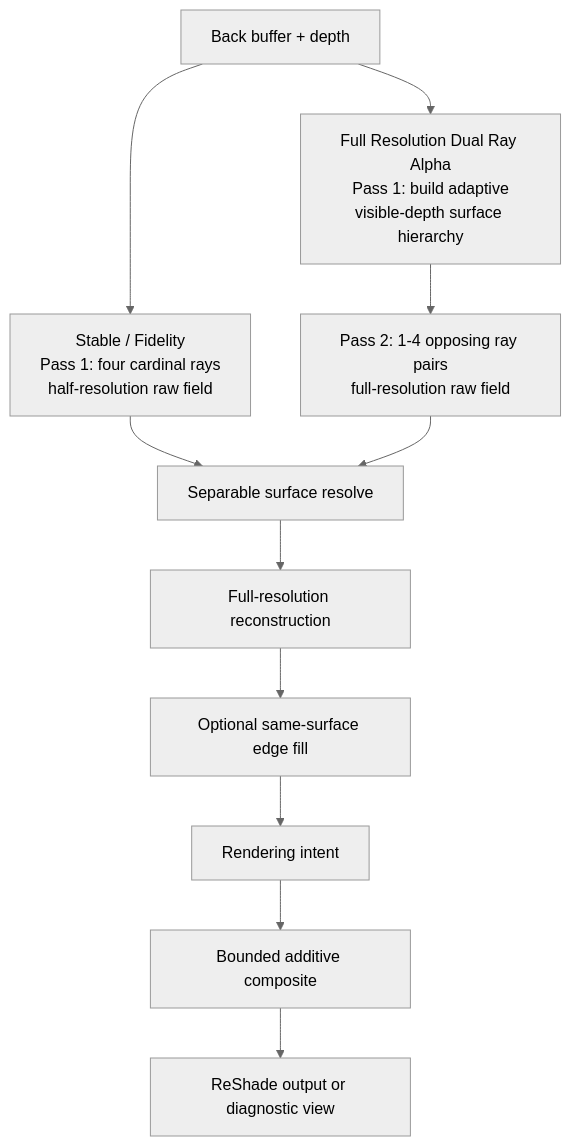
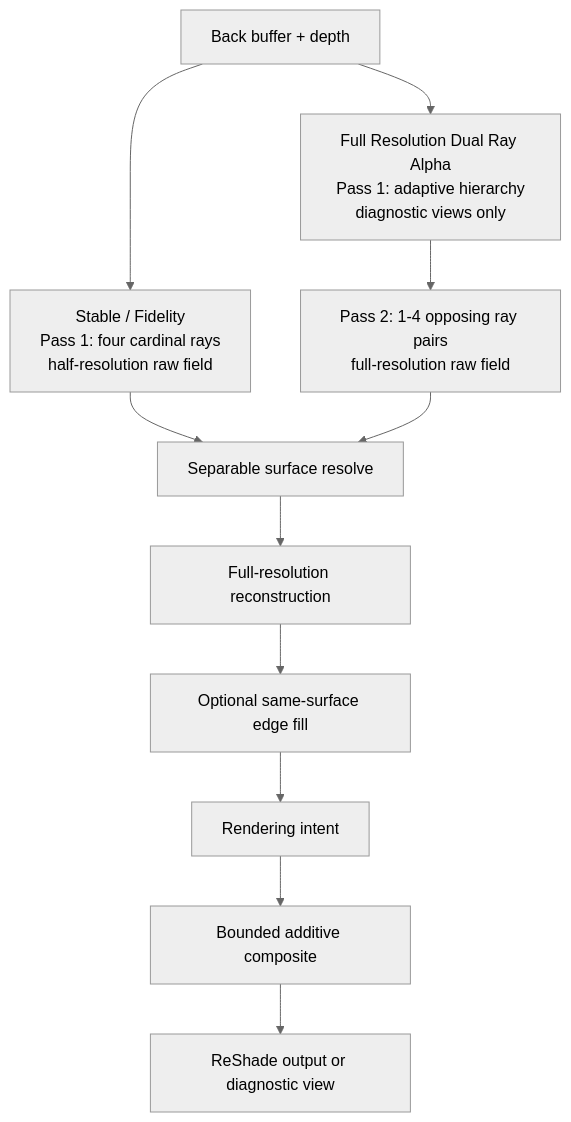
One commit to alia-june/Lunar-Flower changed the diagram in Twin-Lanterns/README.md. Above: the diagram before and after it, drawn with Mermaid (neutral theme). The commit also changed other lines of this file and 21 other files, not shown here.

````diff
--- a/Twin-Lanterns/README.md
+++ b/Twin-Lanterns/README.md
@@ -98,13 +99,13 @@
 ```mermaid
 flowchart TD
     A["Back buffer + depth"] --> B["Stable / Fidelity<br/>Pass 1: four cardinal rays<br/>half-resolution raw field"]
-    A --> V["Full Resolution Dual Ray Alpha<br/>Pass 1: build adaptive<br/>visible-depth surface hierarchy"]
+    A --> V["Full Resolution Dual Ray Alpha<br/>Pass 1: adaptive hierarchy<br/>diagnostic views only"]
     V --> R["Pass 2: 1-4 opposing ray pairs<br/>full-resolution raw field"]
     B --> C["Separable surface resolve"]
     R --> C
     C --> E["Full-resolution reconstruction"]
     E --> F["Optional same-surface edge fill"]
     F --> G["Rendering intent"]
     G --> H["Bounded additive composite"]
     H --> I["ReShade output or diagnostic view"]
 ```
````
